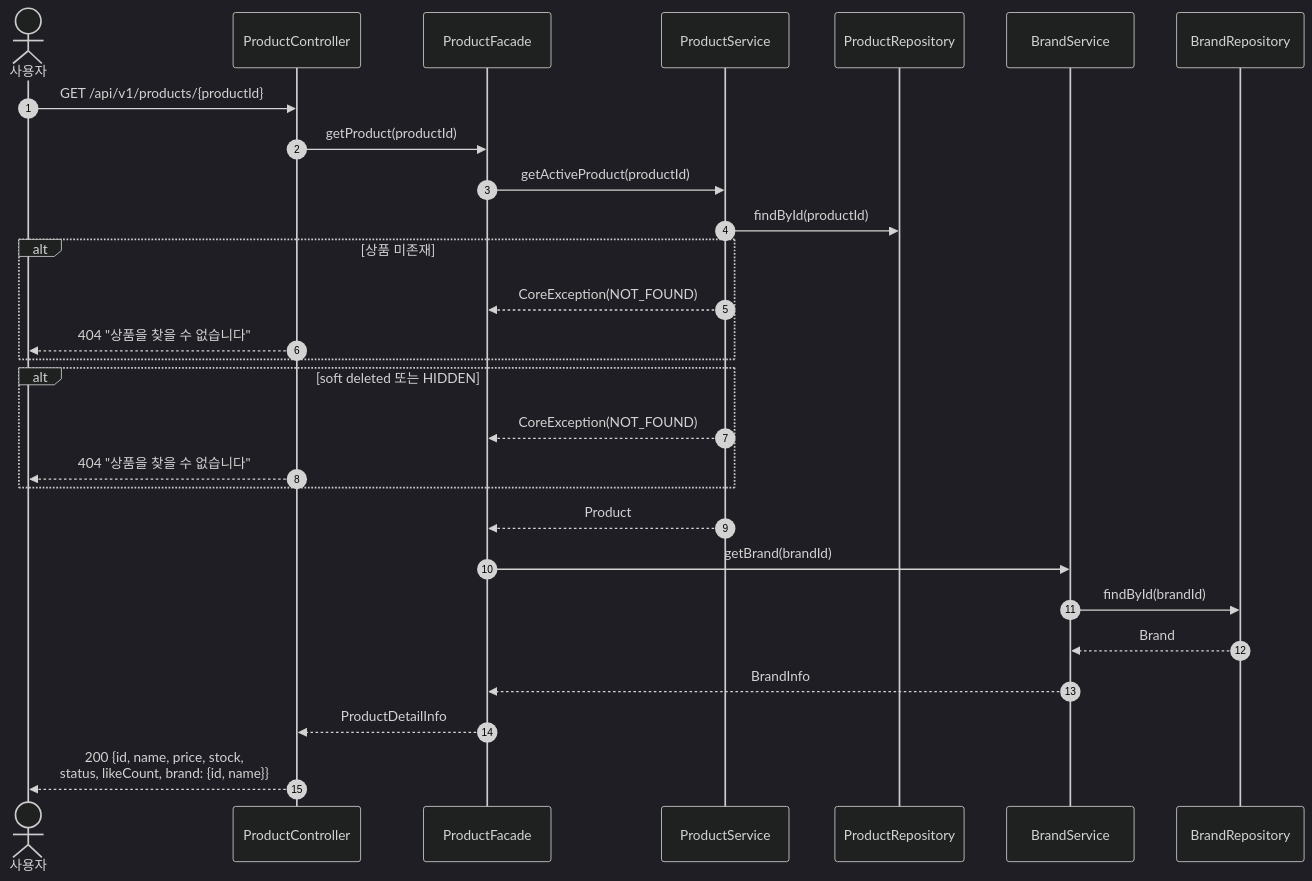
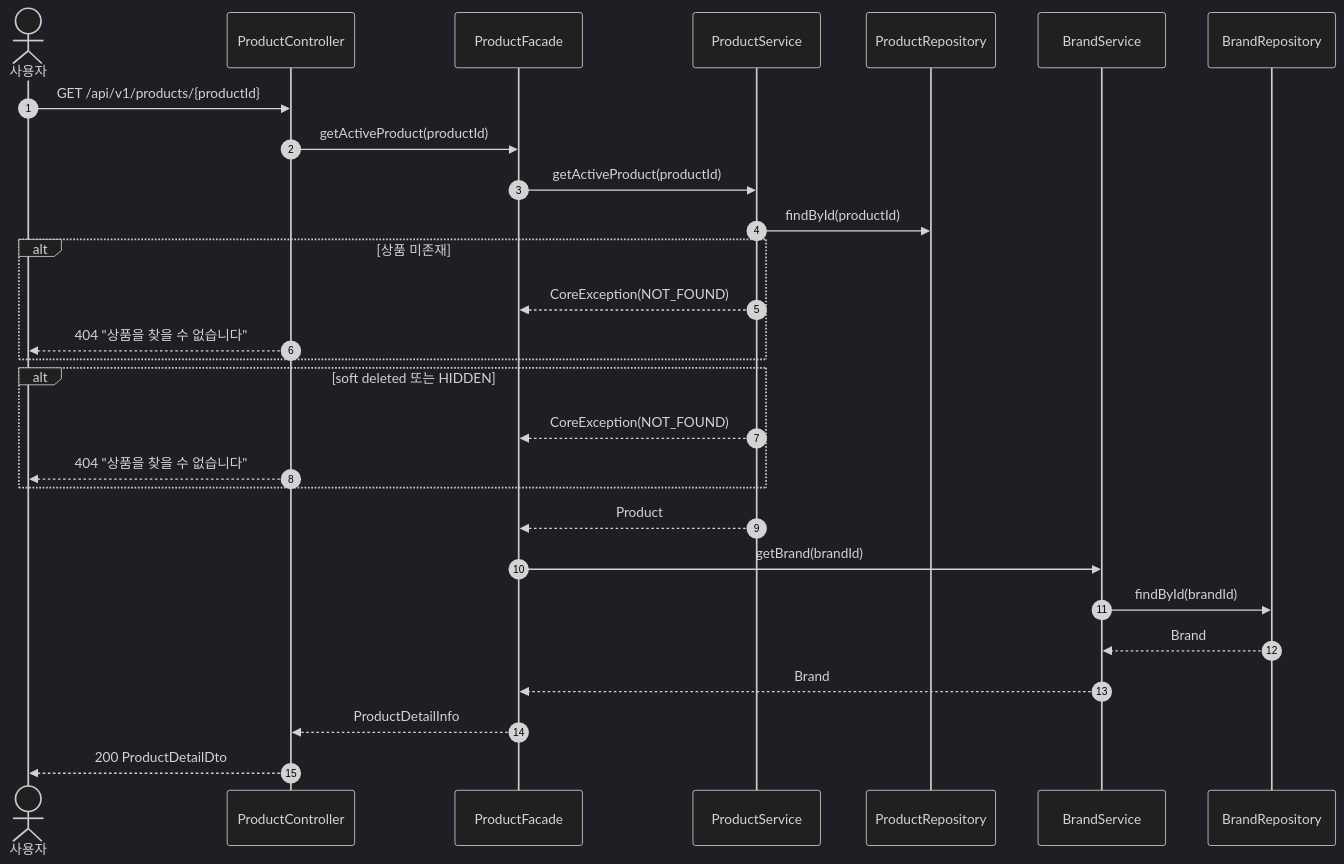
The third of 21 diagrams in docs/design/02-sequence-diagrams.md (Loopers-dev-lab/loop-pack-be-l2-vol3-kotlin), drawn with Mermaid (dark theme) before and after one commit. The commit also changed other lines of this file and 4 other files, not shown here.

````diff
--- a/docs/design/02-sequence-diagrams.md
+++ b/docs/design/02-sequence-diagrams.md
@@ -86,33 +84,33 @@
 ```mermaid
 sequenceDiagram
     autonumber
     actor User as 사용자
     participant C as ProductController
     participant F as ProductFacade
     participant PS as ProductService
     participant PR as ProductRepository
     participant BS as BrandService
     participant BR as BrandRepository
     User ->> C: GET /api/v1/products/{productId}
-    C ->> F: getProduct(productId)
+    C ->> F: getActiveProduct(productId)
     F ->> PS: getActiveProduct(productId)
     PS ->> PR: findById(productId)
 
     alt 상품 미존재
         PS -->> F: CoreException(NOT_FOUND)
         C -->> User: 404 "상품을 찾을 수 없습니다"
     end
 
     alt soft deleted 또는 HIDDEN
         PS -->> F: CoreException(NOT_FOUND)
         C -->> User: 404 "상품을 찾을 수 없습니다"
     end
 
     PS -->> F: Product
     F ->> BS: getBrand(brandId)
     BS ->> BR: findById(brandId)
     BR -->> BS: Brand
-    BS -->> F: BrandInfo
+    BS -->> F: Brand
     F -->> C: ProductDetailInfo
-    C -->> User: 200 {id, name, price, stock,<br/>status, likeCount, brand: {id, name}}
+    C -->> User: 200 ProductDetailDto
 ```
````
